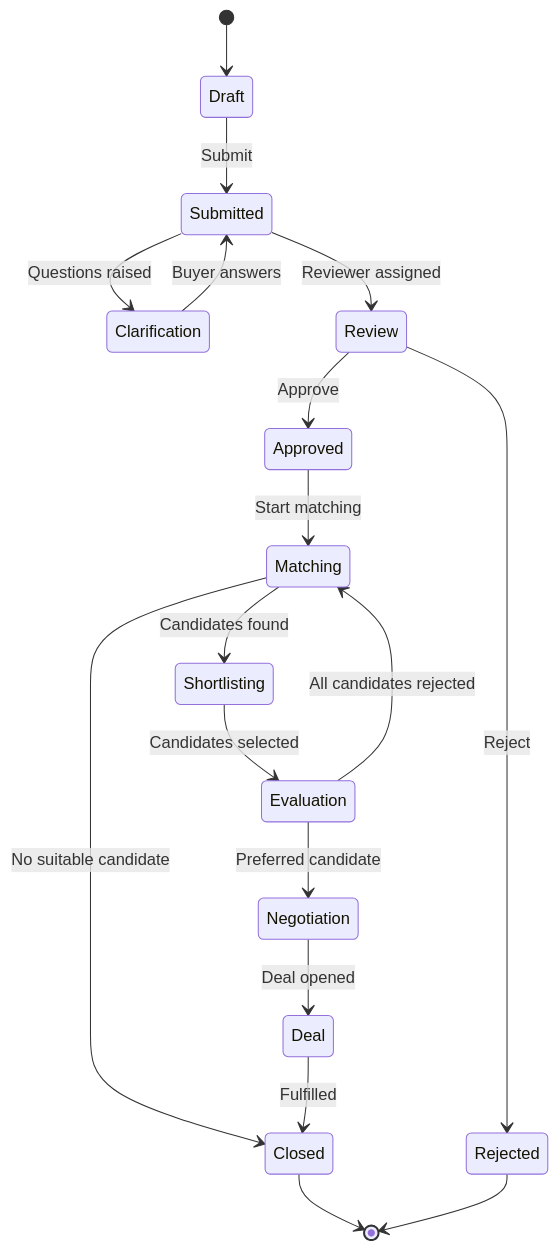
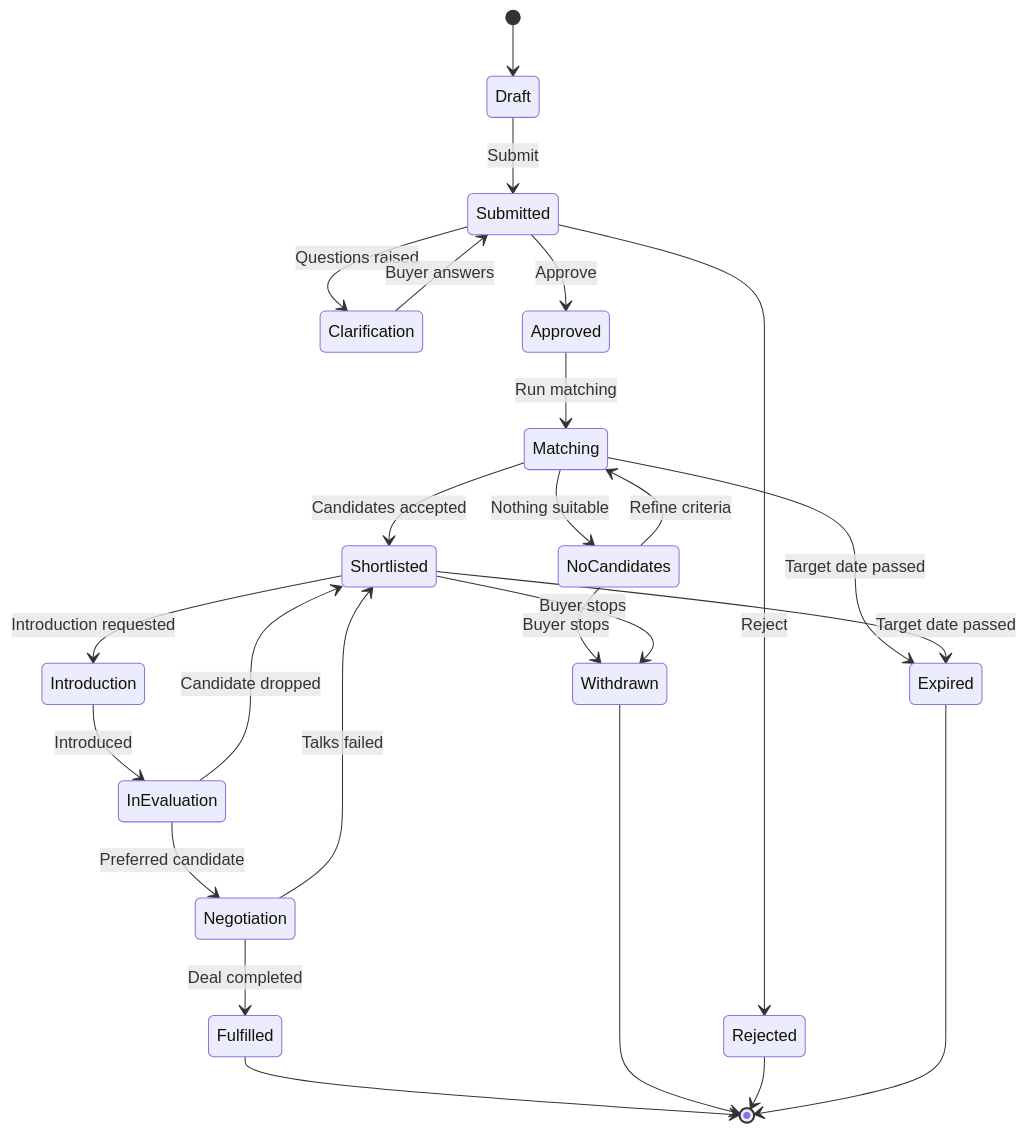
One commit to greensoft-atom/tex-platform changed the ninth of 21 diagrams in 05-system-design-blueprint.md. Above: the diagram before and after it, drawn with Mermaid. The commit also changed other lines of this file and 615 other files, not shown here.

````diff
--- a/05-system-design-blueprint.md
+++ b/05-system-design-blueprint.md
@@ -537,20 +597,27 @@
 ```mermaid
 stateDiagram-v2
     [*] --> Draft
     Draft --> Submitted : Submit
     Submitted --> Clarification : Questions raised
     Clarification --> Submitted : Buyer answers
-    Submitted --> Review : Reviewer assigned
-    Review --> Approved : Approve
-    Review --> Rejected : Reject
-    Approved --> Matching : Start matching
-    Matching --> Shortlisting : Candidates found
-    Matching --> Closed : No suitable candidate
-    Shortlisting --> Evaluation : Candidates selected
-    Evaluation --> Negotiation : Preferred candidate
-    Evaluation --> Matching : All candidates rejected
-    Negotiation --> Deal : Deal opened
-    Deal --> Closed : Fulfilled
-    Closed --> [*]
+    Submitted --> Approved : Approve
+    Submitted --> Rejected : Reject
+    Approved --> Matching : Run matching
+    Matching --> Shortlisted : Candidates accepted
+    Matching --> NoCandidates : Nothing suitable
+    NoCandidates --> Matching : Refine criteria
+    NoCandidates --> Withdrawn : Buyer stops
+    Shortlisted --> Introduction : Introduction requested
+    Introduction --> InEvaluation : Introduced
+    InEvaluation --> Negotiation : Preferred candidate
+    InEvaluation --> Shortlisted : Candidate dropped
+    Negotiation --> Fulfilled : Deal completed
+    Negotiation --> Shortlisted : Talks failed
+    Shortlisted --> Withdrawn : Buyer stops
+    Matching --> Expired : Target date passed
+    Shortlisted --> Expired : Target date passed
+    Fulfilled --> [*]
+    Withdrawn --> [*]
     Rejected --> [*]
+    Expired --> [*]
 ```
````
